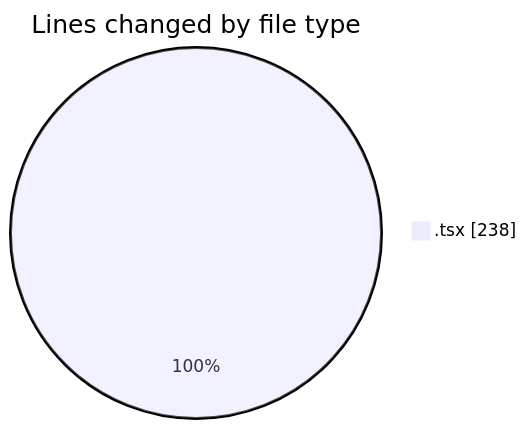
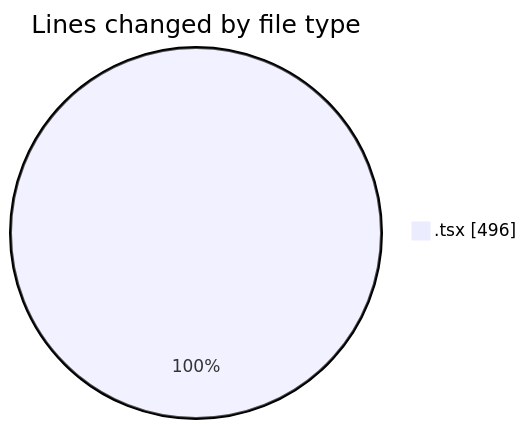
One commit to nxtqubesakshisongat/code-tracking changed the first of 2 diagrams in 2026-08-09/nxtqube_webapp/README.md. Above: the diagram before and after it, drawn with Mermaid. The commit also changed other lines of this file and 1 other file, not shown here.

````diff
--- a/2026-08-09/nxtqube_webapp/README.md
+++ b/2026-08-09/nxtqube_webapp/README.md
@@ -21,5 +22,5 @@
 ```mermaid
 pie showData
 title Lines changed by file type
-".tsx" : 238
+".tsx" : 496
 ```
````
